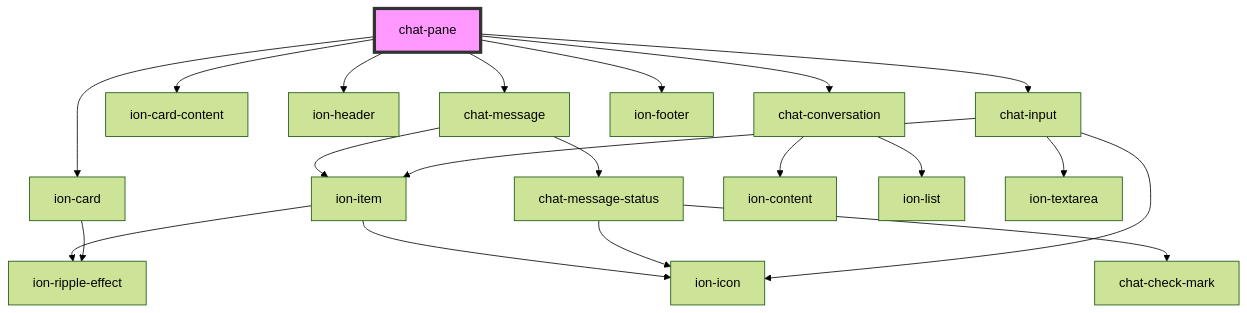
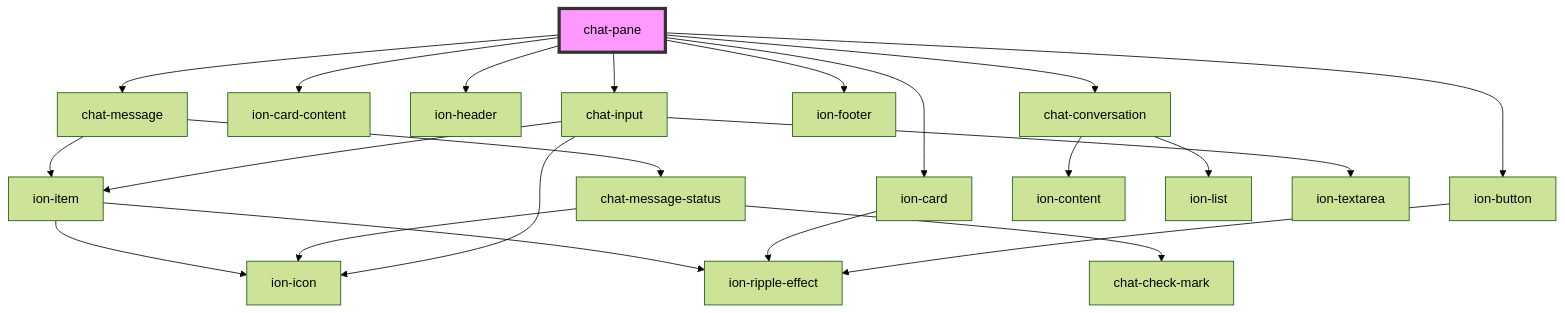
Before and after one commit to keyvan-m-sadeghi/assister: the diagram in packages/chat/src/components/pane/readme.md, drawn with Mermaid (forest theme). The commit also changed other lines of this file and 3 other files, not shown here.

````diff
--- a/packages/chat/src/components/pane/readme.md
+++ b/packages/chat/src/components/pane/readme.md
@@ -69,23 +90,25 @@
 ```mermaid
 graph TD;
   chat-pane --> chat-message
   chat-pane --> ion-card
   chat-pane --> ion-card-content
+  chat-pane --> ion-button
   chat-pane --> ion-header
   chat-pane --> chat-conversation
   chat-pane --> ion-footer
   chat-pane --> chat-input
   chat-message --> ion-item
   chat-message --> chat-message-status
   ion-item --> ion-icon
   ion-item --> ion-ripple-effect
   chat-message-status --> ion-icon
   chat-message-status --> chat-check-mark
   ion-card --> ion-ripple-effect
+  ion-button --> ion-ripple-effect
   chat-conversation --> ion-content
   chat-conversation --> ion-list
   chat-input --> ion-icon
   chat-input --> ion-item
   chat-input --> ion-textarea
   style chat-pane fill:#f9f,stroke:#333,stroke-width:4px
 ```
````
